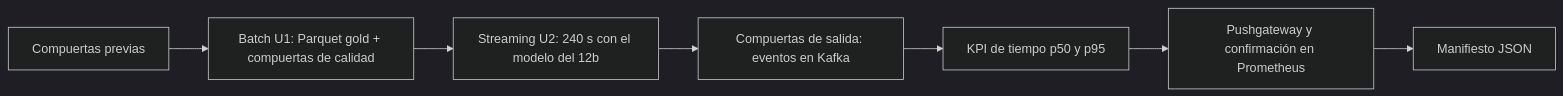
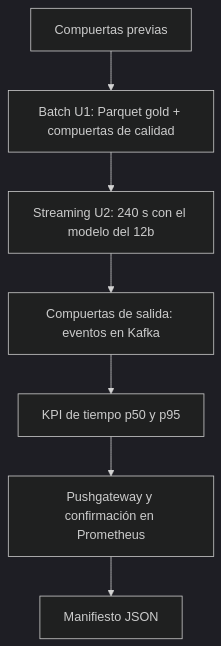
One commit to Patricia-Apaza/Big-Data-Contaminacion-del-Agua- changed the diagram in docs/arquitectura.md. Above: the diagram before and after it, drawn with Mermaid (dark theme). The commit also changed 2 other files, not shown here.

Commit message:
Docs: diagrama vertical, menu lateral y equipo sin conteo fijo

````diff
--- a/docs/arquitectura.md
+++ b/docs/arquitectura.md
@@ -44,9 +44,9 @@
 ```mermaid
-flowchart LR
+flowchart TB
   A[Compuertas previas] --> B[Batch U1: Parquet gold + compuertas de calidad]
   B --> C[Streaming U2: 240 s con el modelo del 12b]
   C --> D[Compuertas de salida: eventos en Kafka]
   D --> E[KPI de tiempo p50 y p95]
   E --> F[Pushgateway y confirmación en Prometheus]
   F --> G[Manifiesto JSON]
 ```
````
